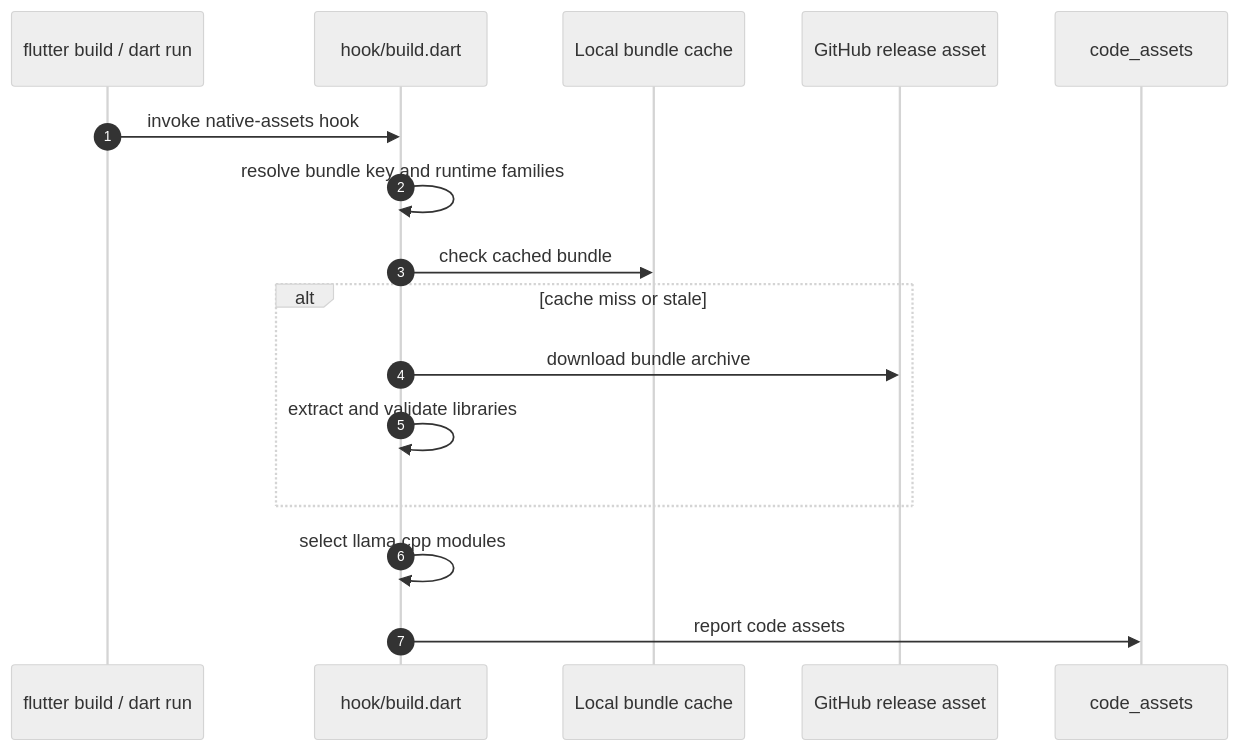
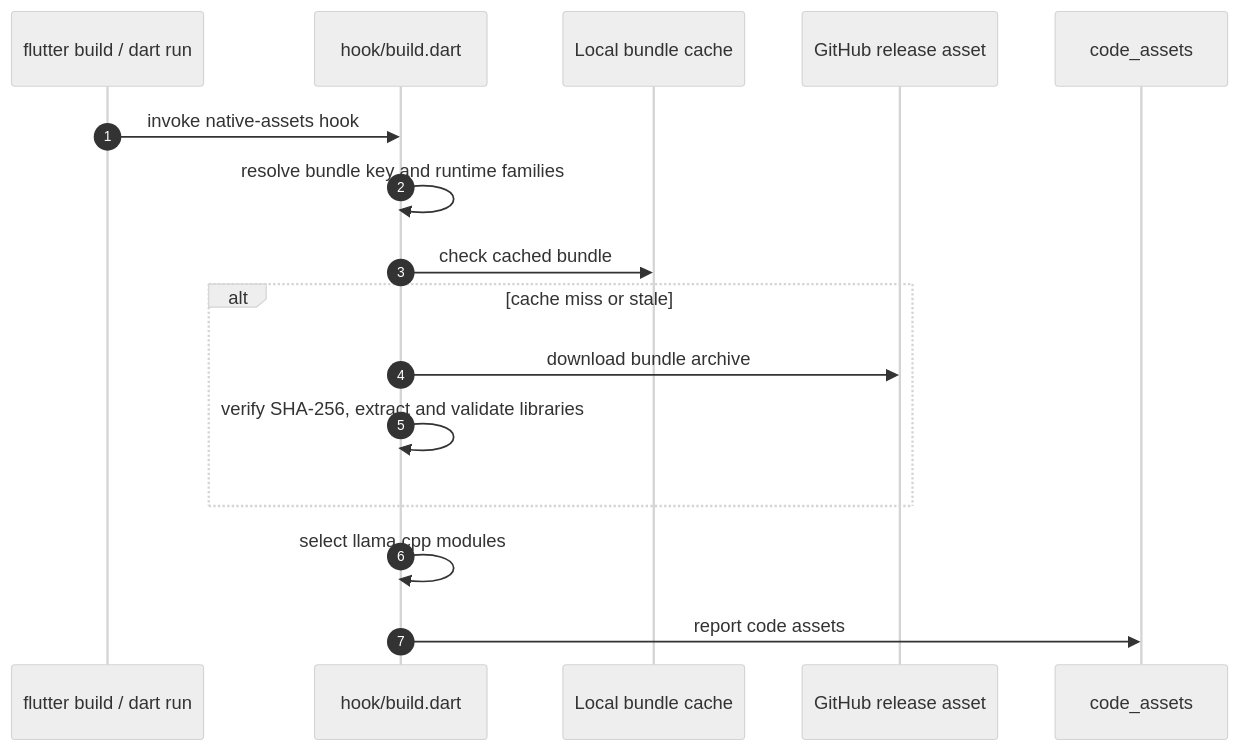
The diagram in website/docs/platforms/native-build-hooks.md (TaeBbong/llamadart), drawn with Mermaid (neutral theme) before and after one commit. The commit also changed other lines of this file and 15 other files, not shown here.

First line of the commit message:
fix(hook): verify native archive digests before use (#1039)

````diff
--- a/website/docs/platforms/native-build-hooks.md
+++ b/website/docs/platforms/native-build-hooks.md
@@ -488,19 +491,19 @@
 ```mermaid
 sequenceDiagram
     autonumber
     participant Build as flutter build / dart run
     participant Hook as hook/build.dart
     participant Cache as Local bundle cache
     participant Release as GitHub release asset
     participant Assets as code_assets
 
     Build->>Hook: invoke native-assets hook
     Hook->>Hook: resolve bundle key and runtime families
     Hook->>Cache: check cached bundle
     alt cache miss or stale
         Hook->>Release: download bundle archive
-        Hook->>Hook: extract and validate libraries
+        Hook->>Hook: verify SHA-256, extract and validate libraries
     end
     Hook->>Hook: select llama.cpp modules
     Hook->>Assets: report code assets
 ```
````
